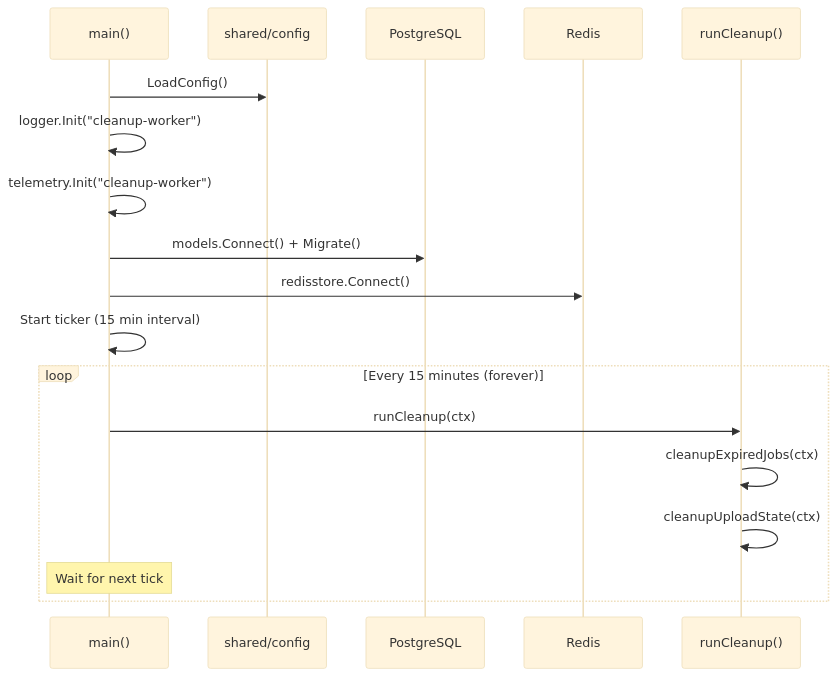
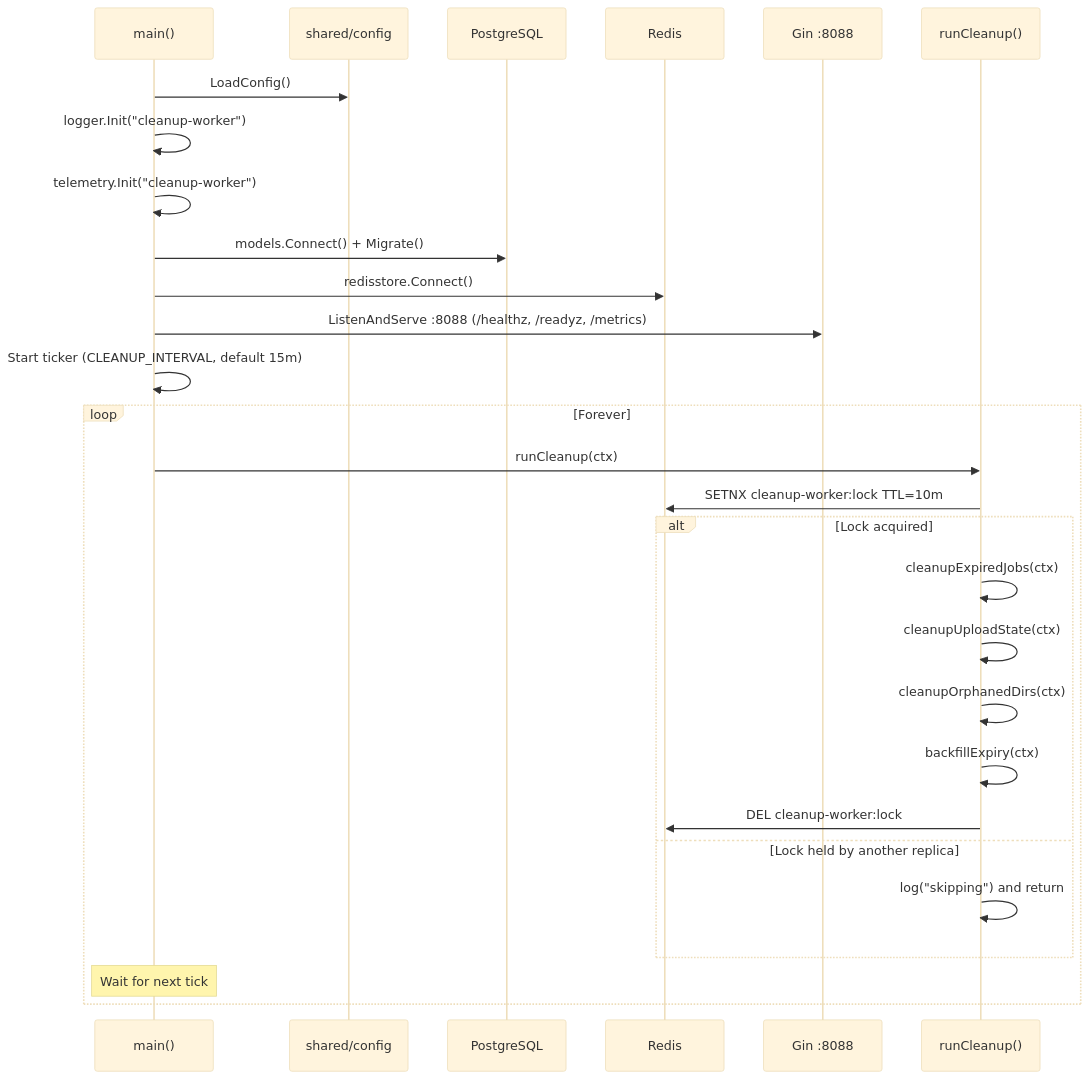
Before and after one commit to Prachidubey2003/fyredocs_backend: the first of 7 diagrams in docs/developer/mermaid/service-cleanup-worker-sequence.md, drawn with Mermaid (base theme). The commit also changed other lines of this file and 39 other files, not shown here.

````diff
--- a/docs/developer/mermaid/service-cleanup-worker-sequence.md
+++ b/docs/developer/mermaid/service-cleanup-worker-sequence.md
@@ -7,25 +7,32 @@
 ```mermaid
 sequenceDiagram
     participant Main as main()
-    participant Config as shared/config
+    participant Cfg as shared/config
     participant DB as PostgreSQL
-    participant Redis
+    participant R as Redis
+    participant HTTP as Gin :8088
     participant Cleanup as runCleanup()
 
-    Main->>Config: LoadConfig()
+    Main->>Cfg: LoadConfig()
     Main->>Main: logger.Init("cleanup-worker")
     Main->>Main: telemetry.Init("cleanup-worker")
     Main->>DB: models.Connect() + Migrate()
-    Main->>Redis: redisstore.Connect()
+    Main->>R: redisstore.Connect()
+    Main->>HTTP: ListenAndServe :8088 (/healthz, /readyz, /metrics)
+    Main->>Main: Start ticker (CLEANUP_INTERVAL, default 15m)
 
-    Main->>Main: Start ticker (15 min interval)
-
-    loop Every 15 minutes (forever)
+    loop Forever
         Main->>Cleanup: runCleanup(ctx)
-
-        Cleanup->>Cleanup: cleanupExpiredJobs(ctx)
-        Cleanup->>Cleanup: cleanupUploadState(ctx)
-
+        Cleanup->>R: SETNX cleanup-worker:lock TTL=10m
+        alt Lock acquired
+            Cleanup->>Cleanup: cleanupExpiredJobs(ctx)
+            Cleanup->>Cleanup: cleanupUploadState(ctx)
+            Cleanup->>Cleanup: cleanupOrphanedDirs(ctx)
+            Cleanup->>Cleanup: backfillExpiry(ctx)
+            Cleanup->>R: DEL cleanup-worker:lock
+        else Lock held by another replica
+            Cleanup->>Cleanup: log("skipping") and return
+        end
         Note over Main: Wait for next tick
     end
 ```
````
